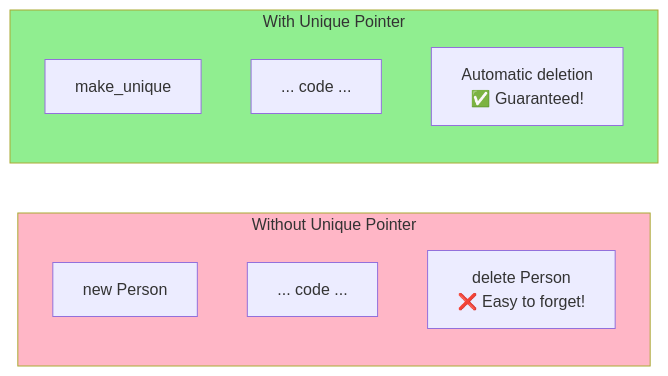
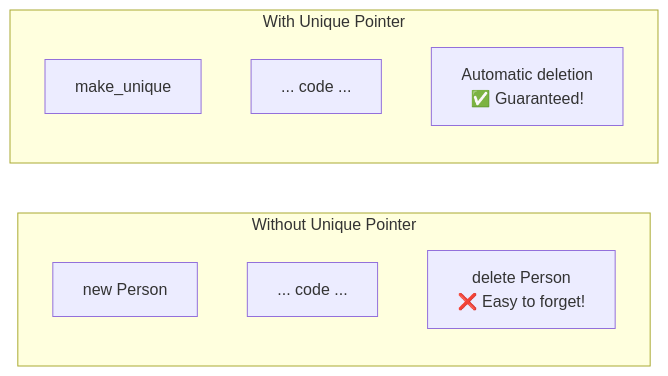
Before and after one commit to sushmitassathe25/Cpp-Pointers: the eighth of 9 diagrams in Unique pointers.md, drawn with Mermaid. The commit also changed other lines of this file, not shown here.

````diff
--- a/Unique pointers.md
+++ b/Unique pointers.md
@@ -220,17 +191,15 @@
 ```mermaid
 graph LR
     subgraph Before["Without Unique Pointer"]
         A1["new Person"]
         A2["... code ..."]
         A3["delete Person<br/>❌ Easy to forget!"]
     end
     
     subgraph After["With Unique Pointer"]
         B1["make_unique<Person>"]
         B2["... code ..."]
         B3["Automatic deletion<br/>✅ Guaranteed!"]
     end
     
-    style Before fill:#FFB6C6
-    style After fill:#90EE90
 ```
````
